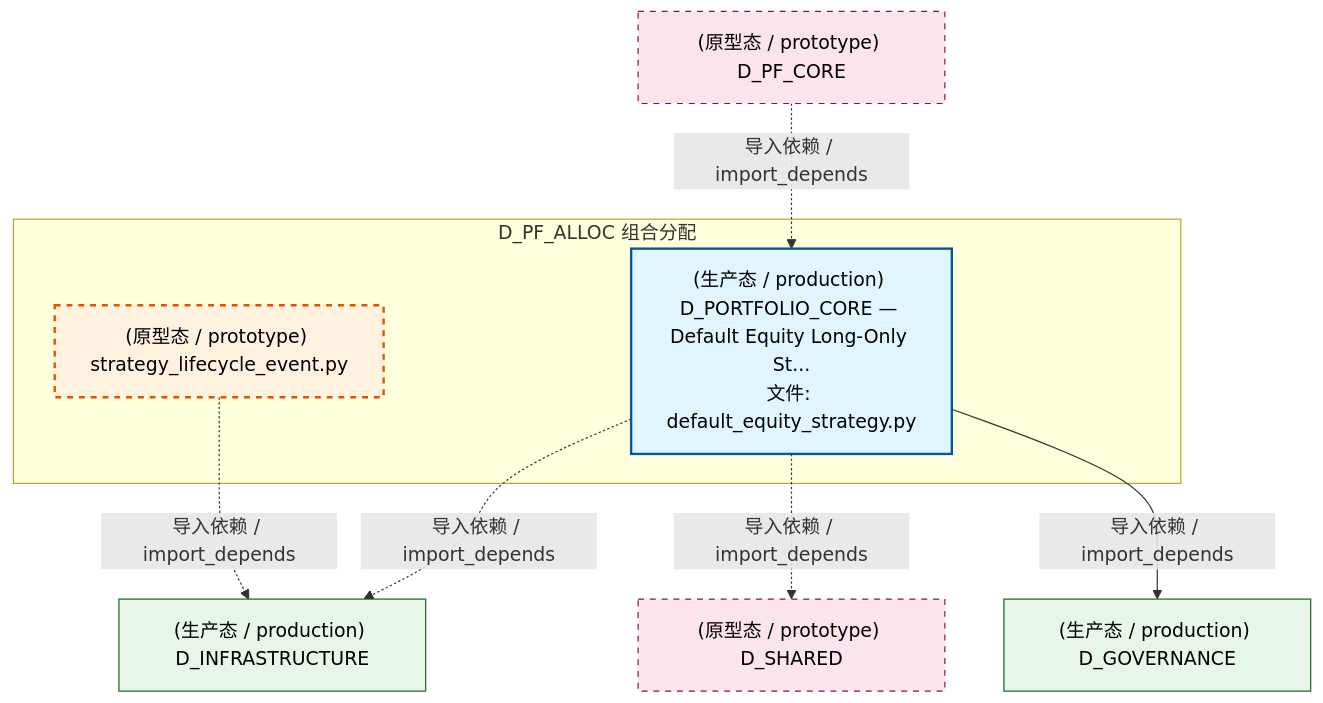
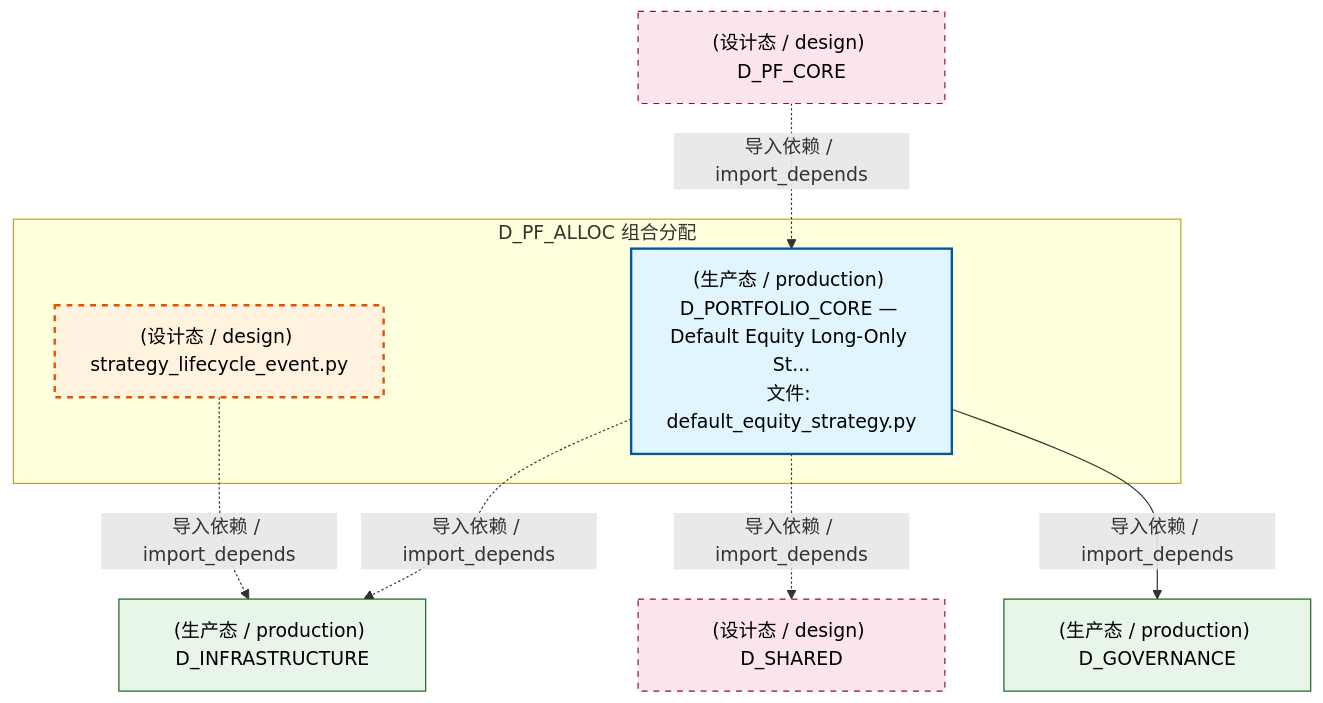
One commit to xuanFelixVan/ZephyrAlpha changed the first of 4 diagrams in docs/02_enterprise_architecture/02_domain_architecture_docs/51_d_pf_alloc.md. Above: the diagram before and after it, drawn with Mermaid. The commit also changed other lines of this file and 177 other files, not shown here.

````diff
--- a/docs/02_enterprise_architecture/02_domain_architecture_docs/51_d_pf_alloc.md
+++ b/docs/02_enterprise_architecture/02_domain_architecture_docs/51_d_pf_alloc.md
@@ -69,24 +68,24 @@
 ```mermaid
 graph TD
     subgraph D_PF_ALLOC["D_PF_ALLOC 组合分配"]
-        src_zephyr_pf_alloc_strategy_lifecycle_event_py["(原型态 / prototype) strategy_lifecycle_event.py"]
+        src_zephyr_pf_alloc_strategy_lifecycle_event_py["(设计态 / design) strategy_lifecycle_event.py"]
         src_zephyr_pf_core_default_equity_strategy_py["(生产态 / production) D_PORTFOLIO_CORE — Default Equity Long-Only St...<br/>文件: default_equity_strategy.py"]
     end
     D_INFRASTRUCTURE["(生产态 / production) D_INFRASTRUCTURE"]
     src_zephyr_pf_alloc_strategy_lifecycle_event_py -.->|导入依赖 / import_depends| D_INFRASTRUCTURE
     D_GOVERNANCE["(生产态 / production) D_GOVERNANCE"]
     src_zephyr_pf_core_default_equity_strategy_py -->|导入依赖 / import_depends| D_GOVERNANCE
-    D_SHARED["(原型态 / prototype) D_SHARED"]
+    D_SHARED["(设计态 / design) D_SHARED"]
     src_zephyr_pf_core_default_equity_strategy_py -.->|导入依赖 / import_depends| D_SHARED
     src_zephyr_pf_core_default_equity_strategy_py -.->|导入依赖 / import_depends| D_INFRASTRUCTURE
-    D_PF_CORE["(原型态 / prototype) D_PF_CORE"]
+    D_PF_CORE["(设计态 / design) D_PF_CORE"]
     D_PF_CORE -.->|导入依赖 / import_depends| src_zephyr_pf_core_default_equity_strategy_py
     classDef production fill:#e1f5fe,stroke:#01579b,stroke-width:2px,color:#000
     classDef design fill:#fff3e0,stroke:#e65100,stroke-width:2px,color:#000,stroke-dasharray: 5 5
     classDef external_prod fill:#e8f5e9,stroke:#1b5e20,stroke-width:1px,color:#000
     classDef external_design fill:#fce4ec,stroke:#880e4f,stroke-width:1px,color:#000,stroke-dasharray: 5 5
     class src_zephyr_pf_core_default_equity_strategy_py production
     class src_zephyr_pf_alloc_strategy_lifecycle_event_py design
     class D_INFRASTRUCTURE,D_GOVERNANCE external_prod
     class D_SHARED,D_PF_CORE external_design
 ```
````
